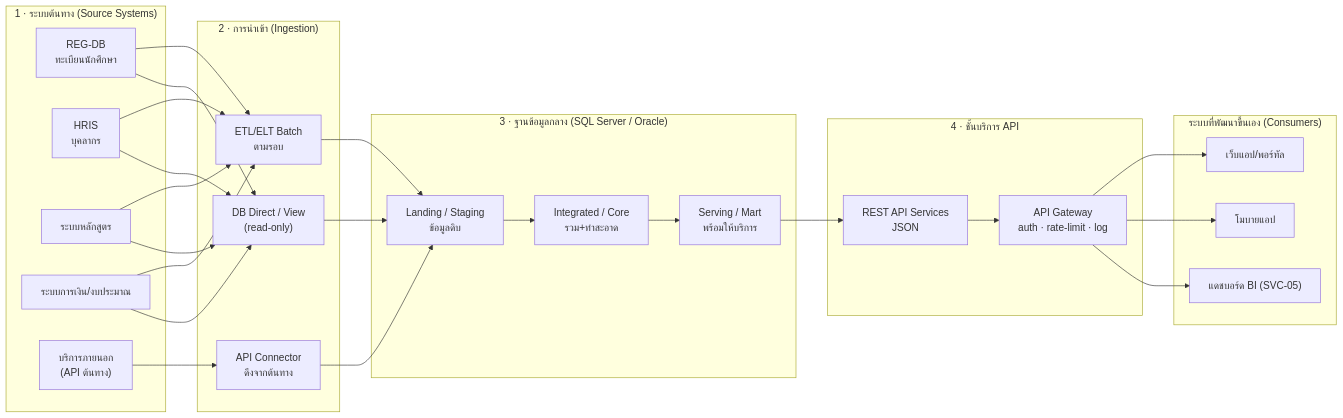
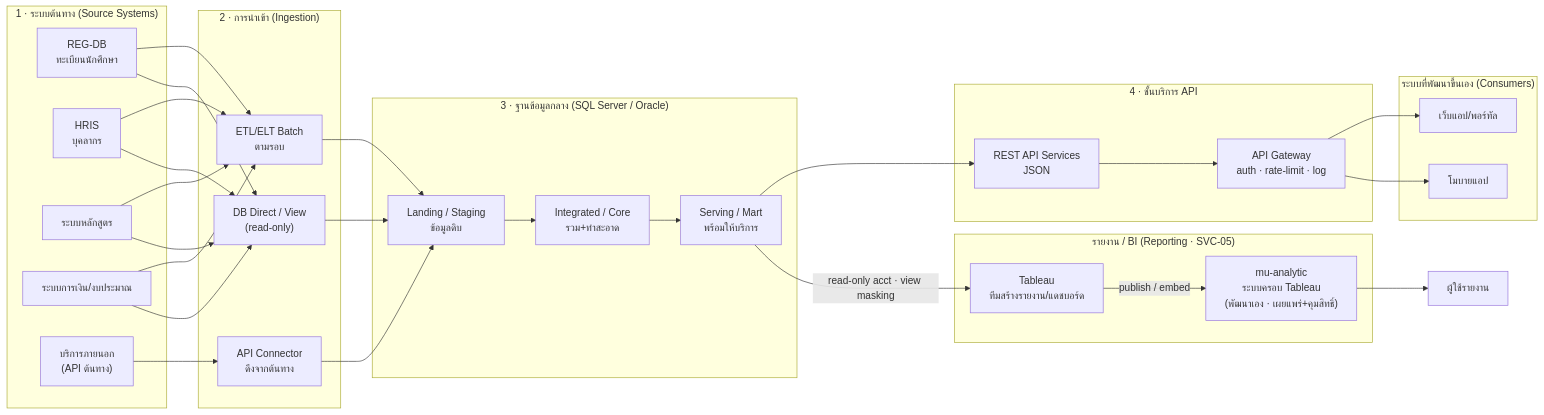
One commit to surasak-rit/dgsi-elder changed the first of 4 diagrams in 11 - สถาปัตยกรรมบูรณาการข้อมูลและบริการ API.md. Above: the diagram before and after it, drawn with Mermaid. The commit also changed other lines of this file and 25 other files, not shown here.

````diff
--- a/11 - สถาปัตยกรรมบูรณาการข้อมูลและบริการ API.md
+++ b/11 - สถาปัตยกรรมบูรณาการข้อมูลและบริการ API.md
@@ -31,40 +33,46 @@
 ```mermaid
 graph LR
     subgraph SRC["1 · ระบบต้นทาง (Source Systems)"]
         REG["REG-DB<br/>ทะเบียนนักศึกษา"]
         HR["HRIS<br/>บุคลากร"]
         CUR["ระบบหลักสูตร"]
         FIN["ระบบการเงิน/งบประมาณ"]
         EXT["บริการภายนอก<br/>(API ต้นทาง)"]
     end
 
     subgraph ING["2 · การนำเข้า (Ingestion)"]
         ETL["ETL/ELT Batch<br/>ตามรอบ"]
         APIIN["API Connector<br/>ดึงจากต้นทาง"]
         DBLINK["DB Direct / View<br/>(read-only)"]
     end
 
     subgraph CORE["3 · ฐานข้อมูลกลาง (SQL Server / Oracle)"]
         LAND["Landing / Staging<br/>ข้อมูลดิบ"]
         INTG["Integrated / Core<br/>รวม+ทำสะอาด"]
         MART["Serving / Mart<br/>พร้อมให้บริการ"]
     end
 
     subgraph SVC["4 · ชั้นบริการ API"]
         GW["API Gateway<br/>auth · rate-limit · log"]
         API["REST API Services<br/>JSON"]
     end
 
     subgraph APP["ระบบที่พัฒนาขึ้นเอง (Consumers)"]
         A1["เว็บแอป/พอร์ทัล"]
         A2["โมบายแอป"]
-        A3["แดชบอร์ด BI (SVC-05)"]
+    end
+
+    subgraph BI["รายงาน / BI (Reporting · SVC-05)"]
+        TAB["Tableau<br/>ทีมสร้างรายงาน/แดชบอร์ด"]
+        MUA["mu-analytic<br/>ระบบครอบ Tableau<br/>(พัฒนาเอง · เผยแพร่+คุมสิทธิ์)"]
     end
 
     REG & HR & CUR & FIN --> ETL
     REG & HR & CUR & FIN --> DBLINK
     EXT --> APIIN
     ETL & APIIN & DBLINK --> LAND
     LAND --> INTG --> MART
-    MART --> API --> GW --> A1 & A2 & A3
+    MART --> API --> GW --> A1 & A2
+    MART -->|"read-only acct · view masking"| TAB
+    TAB -->|"publish / embed"| MUA --> U3["ผู้ใช้รายงาน"]
 ```
````
